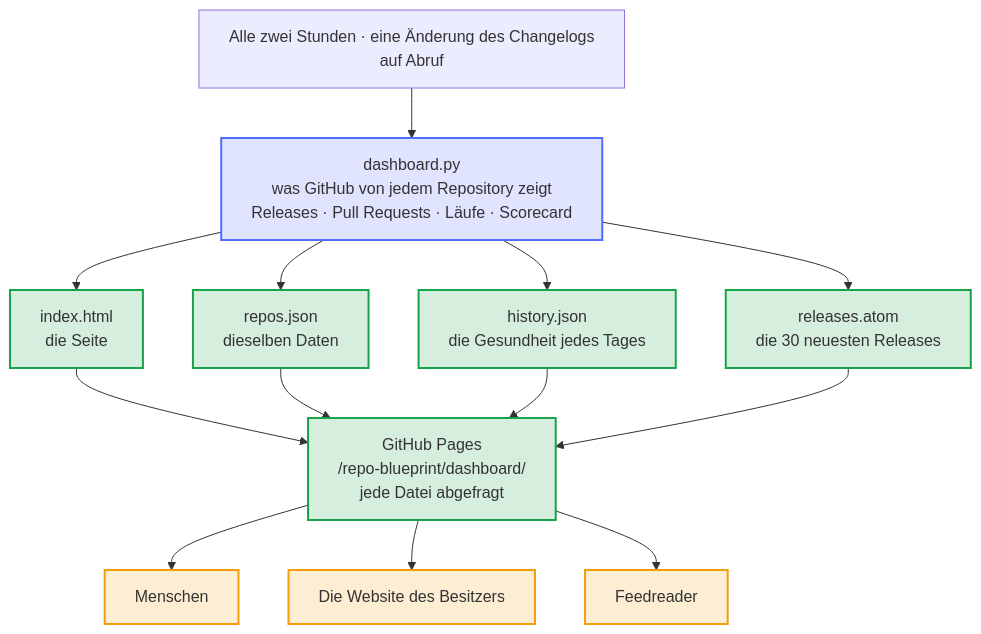
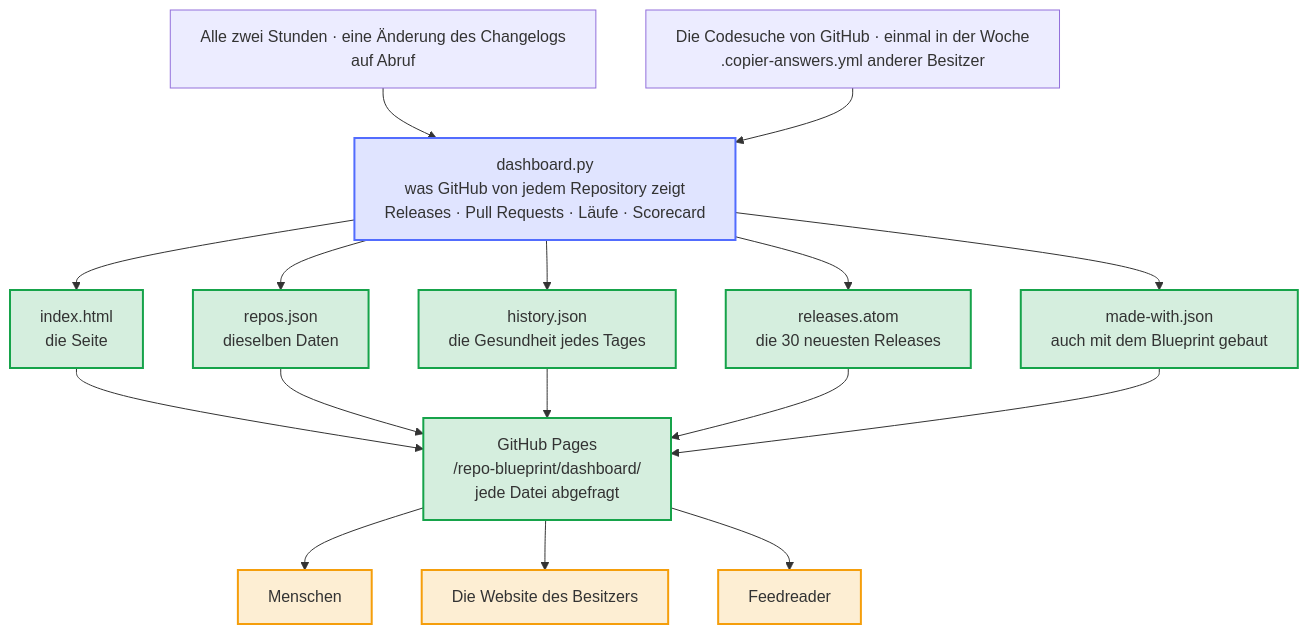
Before and after one commit to Dennis-Otto/repo-blueprint: the diagram in docs/diagrams/how-the-dashboard-reaches-its-readers.de.mmd, drawn with Mermaid. The commit also changed 18 other files, not shown here.

First line of the commit message:
feat: the website lists other owners' repositories made with the blueprint (#679)

```diff
--- a/docs/diagrams/how-the-dashboard-reaches-its-readers.de.mmd
+++ b/docs/diagrams/how-the-dashboard-reaches-its-readers.de.mmd
@@ -1,39 +1,44 @@
 ---
 config:
   flowchart:
     wrappingWidth: 400
 ---
 flowchart TB
     accTitle: Wie das Dashboard seine Leser erreicht
-    accDescr: Alle zwei Stunden, nach einer Änderung des Changelogs und auf Abruf führt der Dashboard-Workflow dashboard.py aus, das liest, was GitHub von jedem öffentlichen Repository des Besitzers zeigt: seine Releases, Pull Requests, Läufe und Berichte und sein Scorecard. Es schreibt die Seite und daneben dieselben Daten als repos.json, die Gesundheit jedes Tages als history.json und die 30 neuesten Releases als Atom-Feed releases.atom. GitHub Pages veröffentlicht sie unter Adressen, die bleiben, und der Job, der veröffentlicht, fragt jede Datei ab. Menschen lesen die Seite, die Website des Besitzers liest repos.json, und Feedreader folgen releases.atom.
+    accDescr: Alle zwei Stunden, nach einer Änderung des Changelogs und auf Abruf führt der Dashboard-Workflow dashboard.py aus, das liest, was GitHub von jedem öffentlichen Repository des Besitzers zeigt: seine Releases, Pull Requests, Läufe und Berichte und sein Scorecard, und einmal in der Woche fragt es die Codesuche von GitHub nach den öffentlichen Repositorys anderer Besitzer, die mit dem Blueprint gebaut sind. Es schreibt die Seite und daneben dieselben Daten als repos.json, die Gesundheit jedes Tages als history.json, die 30 neuesten Releases als Atom-Feed releases.atom und die Repositorys anderer Besitzer als made-with.json. GitHub Pages veröffentlicht sie unter Adressen, die bleiben, und der Job, der veröffentlicht, fragt jede Datei ab. Menschen lesen die Seite, die Website des Besitzers liest repos.json, und Feedreader folgen releases.atom.
 
     start["Alle zwei Stunden · eine Änderung des Changelogs<br>auf Abruf"]
+    search["Die Codesuche von GitHub · einmal in der Woche<br>.copier-answers.yml anderer Besitzer"]
     collect["dashboard.py<br>was GitHub von jedem Repository zeigt<br>Releases · Pull Requests · Läufe · Scorecard"]
     page["index.html<br>die Seite"]
     data["repos.json<br>dieselben Daten"]
     history["history.json<br>die Gesundheit jedes Tages"]
     feed["releases.atom<br>die 30 neuesten Releases"]
+    made["made-with.json<br>auch mit dem Blueprint gebaut"]
     pages["GitHub Pages<br>/repo-blueprint/dashboard/<br>jede Datei abgefragt"]
     people["Menschen"]
     hub["Die Website des Besitzers"]
     readers["Feedreader"]
 
     start --> collect
+    search --> collect
     collect --> page
     collect --> data
     collect --> history
     collect --> feed
+    collect --> made
     page --> pages
     data --> pages
     history --> pages
     feed --> pages
+    made --> pages
     pages --> people
     pages --> hub
     pages --> readers
 
     classDef bot fill:#526cfe2e,stroke:#526cfe,stroke-width:2px
     classDef done fill:#16a34a2e,stroke:#16a34a,stroke-width:2px
     classDef person fill:#f59e0b2e,stroke:#f59e0b,stroke-width:2px
     class collect bot
-    class page,data,history,feed,pages done
+    class page,data,history,feed,made,pages done
     class people,hub,readers person
```
